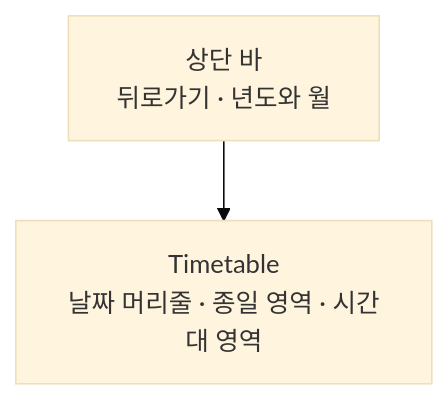
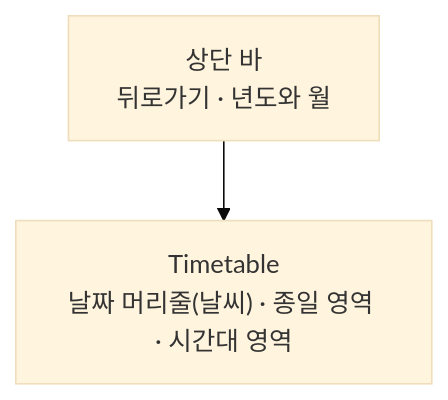
One commit to taetae98coding/DiaryKMP changed the diagram in docs/design/calendar-timetable.md. Above: the diagram before and after it, drawn with Mermaid (base theme). The commit also changed other lines of this file and 39 other files, not shown here.

````diff
--- a/docs/design/calendar-timetable.md
+++ b/docs/design/calendar-timetable.md
@@ -9,6 +9,6 @@
 ```mermaid
 flowchart TD
     topBar["상단 바<br/>뒤로가기 · 년도와 월"]
-    timetable["Timetable<br/>날짜 머리줄 · 종일 영역 · 시간대 영역"]
+    timetable["Timetable<br/>날짜 머리줄(날씨) · 종일 영역 · 시간대 영역"]
     topBar --> timetable
 ```
````
